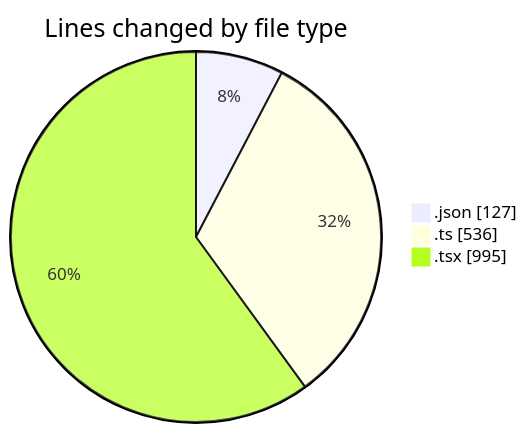
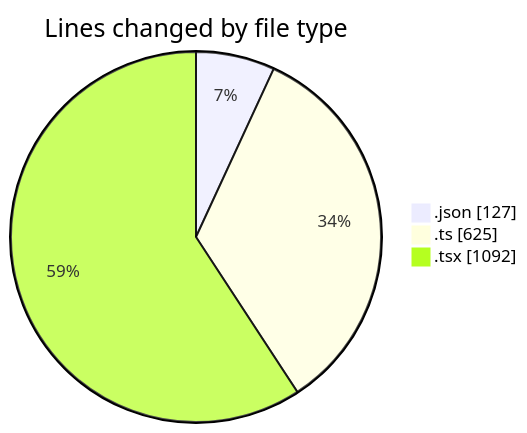
Before and after one commit to julien-gomy/code-tracking: the first of 2 diagrams in 2025-11-12/eventscop-frontend-guide__workspace_/README.md, drawn with Mermaid. The commit also changed other lines of this file and 1 other file, not shown here.

````diff
--- a/2025-11-12/eventscop-frontend-guide__workspace_/README.md
+++ b/2025-11-12/eventscop-frontend-guide__workspace_/README.md
@@ -25,7 +27,7 @@
 ```mermaid
 pie showData
 title Lines changed by file type
 ".json" : 127
-".ts" : 536
-".tsx" : 995
+".ts" : 625
+".tsx" : 1092
 ```
````
